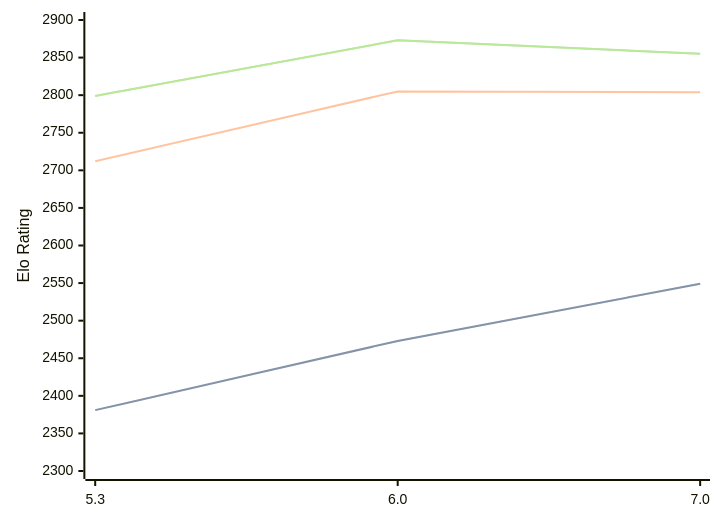
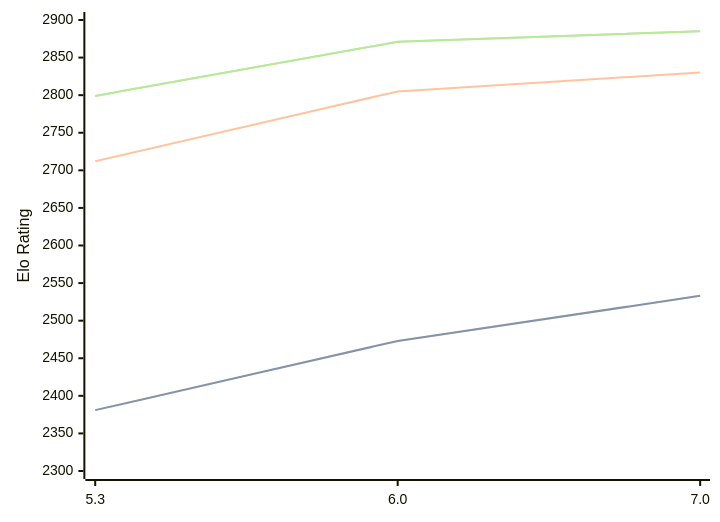
One commit to computer-chess-index/cci changed the first of 3 diagrams in engines/tomitankChess.md. Above: the diagram before and after it, drawn with Mermaid. The commit also changed other lines of this file, not shown here.

Commit message:
Update CCI Ratings (ELO VLTC) - 2026-07-10

````diff
--- a/engines/tomitankChess.md
+++ b/engines/tomitankChess.md
@@ -41,11 +41,11 @@
 ```mermaid
 %%{init: {"theme":"base","themeVariables":{"seriesColors:['#a3a3a3','#222221','#faa371']}}}%%
 xychart-beta
   x-axis ["5.3", "6.0", "7.0"]
   y-axis "Elo Rating" 2300 --> 2900
-  line "STC (8.0+0.08s)" [2381, 2473, 2549]
-  line "STC (8.0+0.08s)" [2381, 2473, 2549]
-  line "LTC (60.0+0.60s)" [2712, 2805, 2804]
-  line "VLTC (2m24s+1.12s)" [2799, 2873, 2855]
-  line "VLTC (2m24s+1.12s)" [2799, 2873, 2855]
+  line "STC (8.0+0.08s)" [2381, 2473, 2533]
+  line "STC (8.0+0.08s)" [2381, 2473, 2533]
+  line "LTC (60.0+0.60s)" [2712, 2805, 2830]
+  line "VLTC (2m24s+1.12s)" [2799, 2871, 2885]
+  line "VLTC (2m24s+1.12s)" [2799, 2871, 2885]
 ```
````
